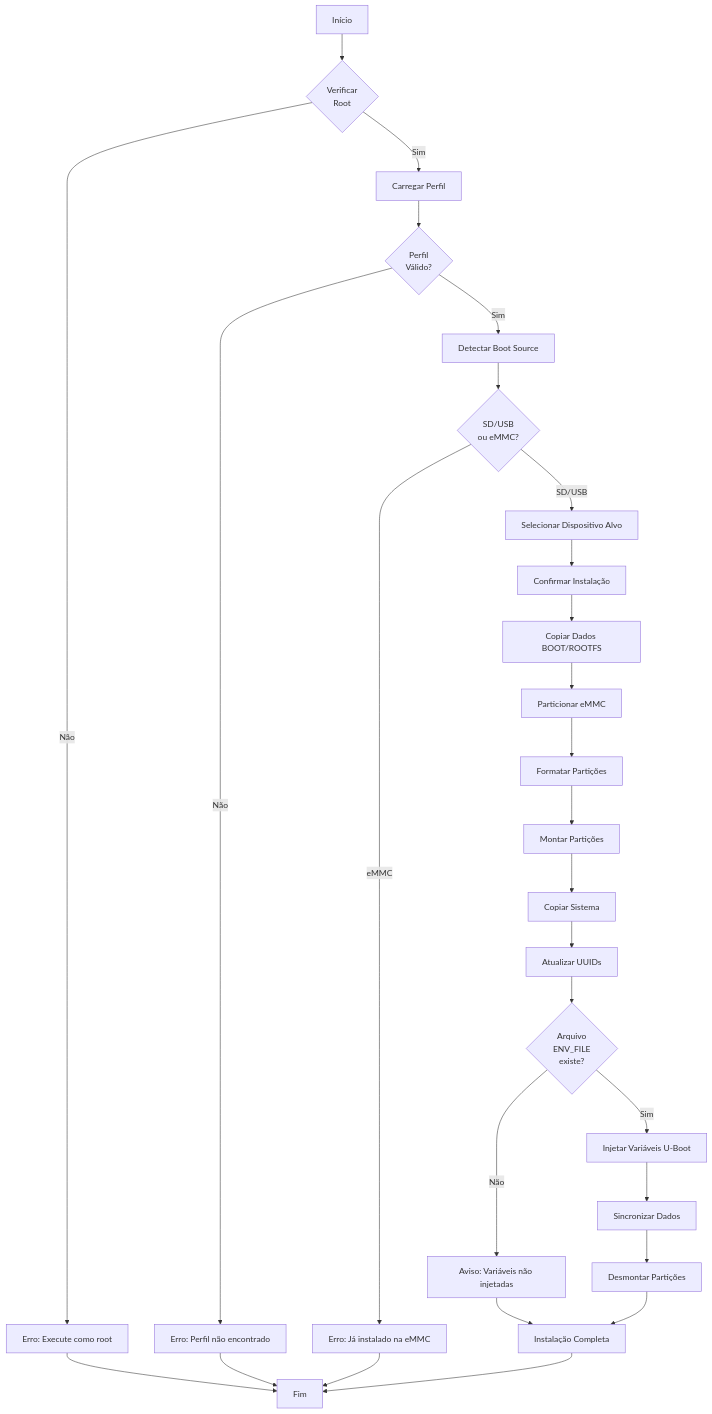
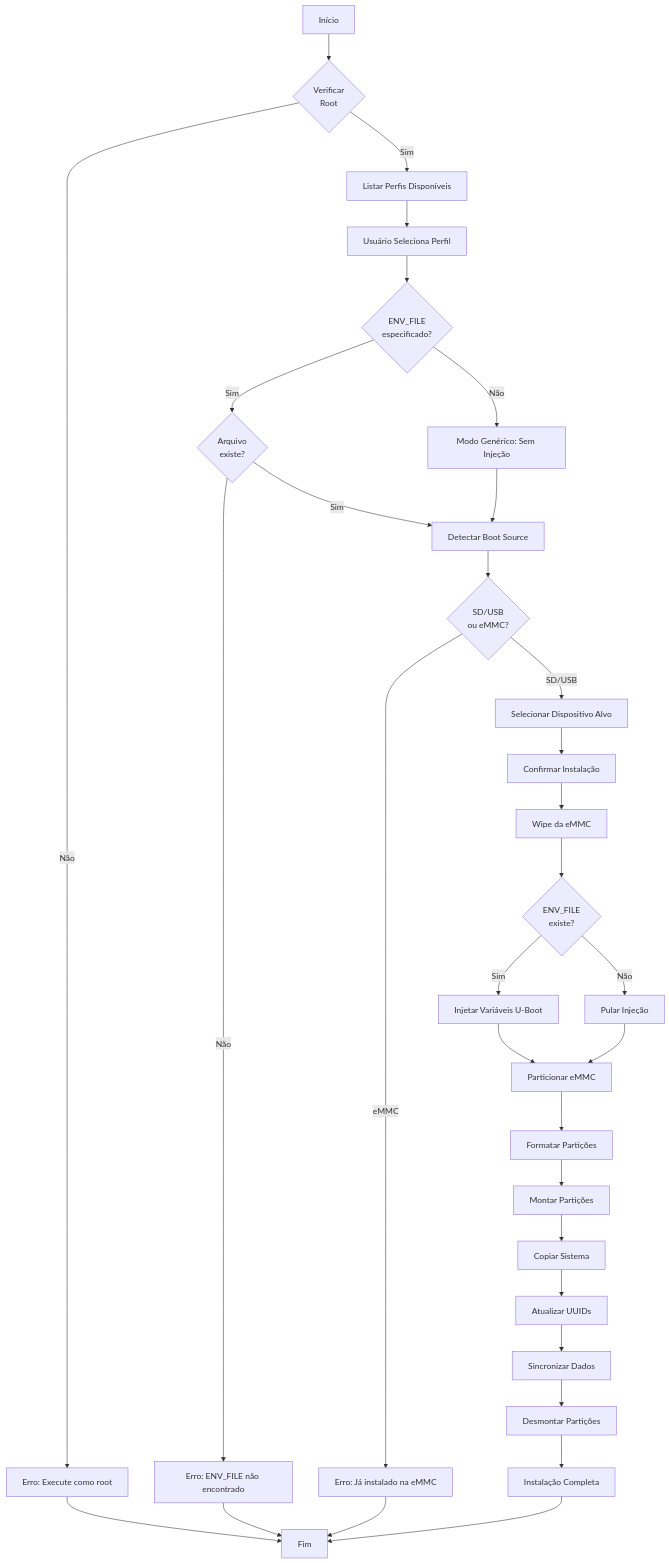
The diagram in README.md (projetotvbox/armbian-install-amlogic), drawn with Mermaid before and after one commit. The commit also changed other lines of this file, not shown here.

````diff
--- a/README.md
+++ b/README.md
@@ -388,30 +429,34 @@
 ```mermaid
 flowchart TD
     A[Início] --> B{Verificar<br/>Root}
     B -->|Não| C[Erro: Execute como root]
-    B -->|Sim| D[Carregar Perfil]
-    D --> E{Perfil<br/>Válido?}
-    E -->|Não| F[Erro: Perfil não encontrado]
-    E -->|Sim| G[Detectar Boot Source]
-    G --> H{SD/USB<br/>ou eMMC?}
-    H -->|eMMC| I[Erro: Já instalado na eMMC]
-    H -->|SD/USB| J[Selecionar Dispositivo Alvo]
-    J --> K[Confirmar Instalação]
-    K --> L[Copiar Dados BOOT/ROOTFS]
-    L --> M[Particionar eMMC]
-    M --> N[Formatar Partições]
-    N --> O[Montar Partições]
-    O --> P[Copiar Sistema]
-    P --> Q[Atualizar UUIDs]
-    Q --> R{Arquivo<br/>ENV_FILE<br/>existe?}
-    R -->|Não| S[Aviso: Variáveis não injetadas]
-    R -->|Sim| T[Injetar Variáveis U-Boot]
-    T --> U[Sincronizar Dados]
-    U --> V[Desmontar Partições]
-    V --> W[Instalação Completa]
-    S --> W
-    W --> X[Fim]
-    C --> X
-    F --> X
-    I --> X
+    B -->|Sim| D[Listar Perfis Disponíveis]
+    D --> E[Usuário Seleciona Perfil]
+    E --> F{ENV_FILE<br/>especificado?}
+    F -->|Sim| G{Arquivo<br/>existe?}
+    F -->|Não| H[Modo Genérico: Sem Injeção]
+    G -->|Não| I[Erro: ENV_FILE não encontrado]
+    G -->|Sim| J[Detectar Boot Source]
+    H --> J
+    J --> K{SD/USB<br/>ou eMMC?}
+    K -->|eMMC| L[Erro: Já instalado na eMMC]
+    K -->|SD/USB| M[Selecionar Dispositivo Alvo]
+    M --> N[Confirmar Instalação]
+    N --> O[Wipe da eMMC]
+    O --> P{ENV_FILE<br/>existe?}
+    P -->|Sim| Q[Injetar Variáveis U-Boot]
+    P -->|Não| R[Pular Injeção]
+    Q --> S[Particionar eMMC]
+    R --> S
+    S --> T[Formatar Partições]
+    T --> U[Montar Partições]
+    U --> V[Copiar Sistema]
+    V --> W[Atualizar UUIDs]
+    W --> X[Sincronizar Dados]
+    X --> Y[Desmontar Partições]
+    Y --> Z[Instalação Completa]
+    Z --> AA[Fim]
+    C --> AA
+    I --> AA
+    L --> AA
 ```
````
